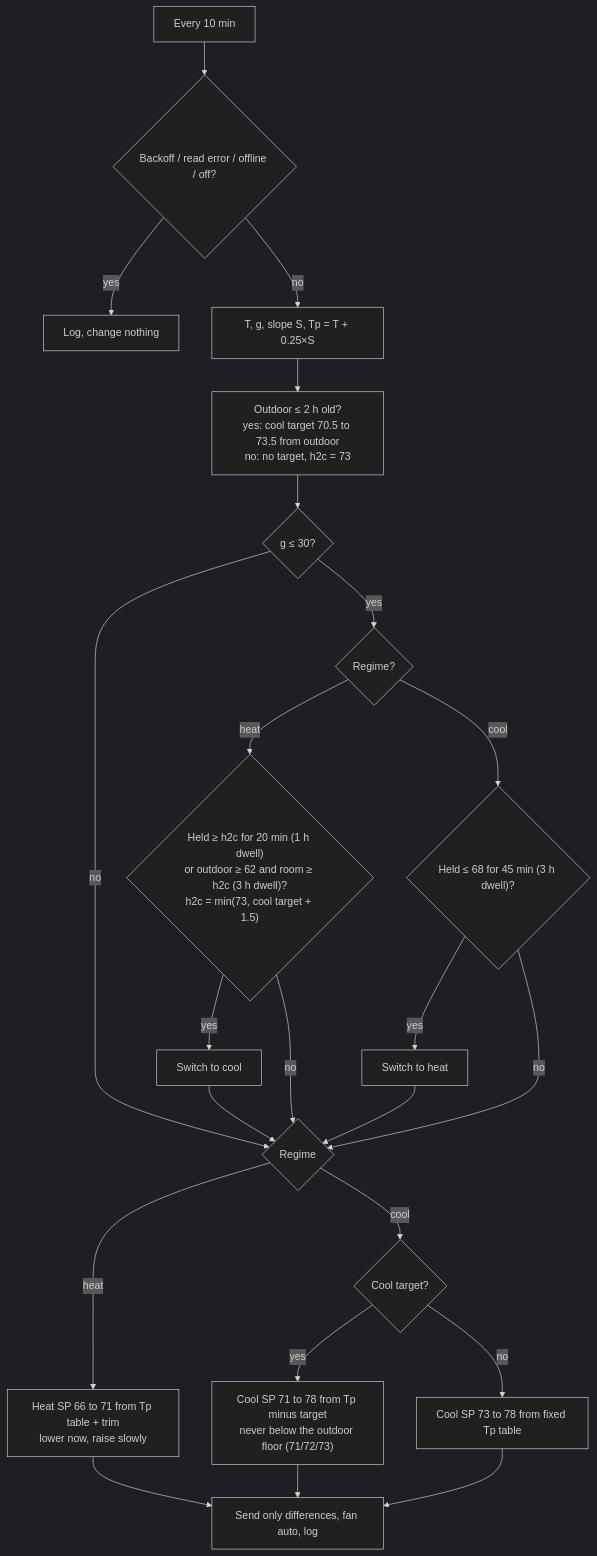
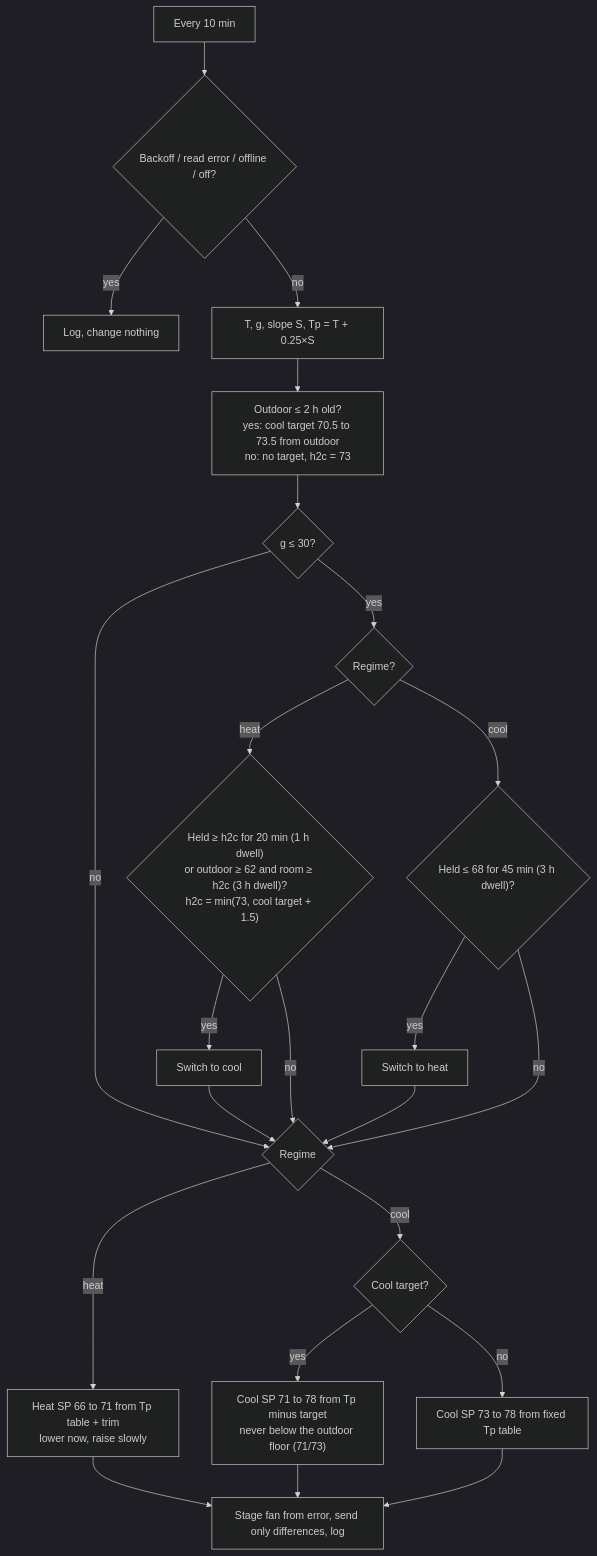
One commit to chrisperish/mitsubishi-mini-split-controller changed the diagram in README.md. Above: the diagram before and after it, drawn with Mermaid (dark theme). The commit also changed other lines of this file and 7 other files, not shown here.

First line of the commit message:
Fan staging and outdoor-based cool floor (#1)

````diff
--- a/README.md
+++ b/README.md
@@ -23,25 +23,25 @@
 ```mermaid
 flowchart TD
     A["Every 10 min"] --> B{"Backoff / read error / offline / off?"}
     B -- yes --> Z["Log, change nothing"]
     B -- no --> C["T, g, slope S, Tp = T + 0.25×S"]
     C --> O["Outdoor ≤ 2 h old?<br>yes: cool target 70.5 to 73.5 from outdoor<br>no: no target, h2c = 73"]
     O --> D{"g ≤ 30?"}
     D -- no --> H
     D -- yes --> E{"Regime?"}
     E -- heat --> F{"Held ≥ h2c for 20 min (1 h dwell)<br>or outdoor ≥ 62 and room ≥ h2c (3 h dwell)?<br>h2c = min(73, cool target + 1.5)"}
     E -- cool --> G{"Held ≤ 68 for 45 min (3 h dwell)?"}
     F -- yes --> FC["Switch to cool"]
     G -- yes --> GH["Switch to heat"]
     F -- no --> H
     G -- no --> H
     FC --> H
     GH --> H
     H{"Regime"} -- heat --> HH["Heat SP 66 to 71 from Tp table + trim<br>lower now, raise slowly"]
     H -- cool --> CC{"Cool target?"}
-    CC -- yes --> CA["Cool SP 71 to 78 from Tp minus target<br>never below the outdoor floor (71/72/73)"]
+    CC -- yes --> CA["Cool SP 71 to 78 from Tp minus target<br>never below the outdoor floor (71/73)"]
     CC -- no --> CF["Cool SP 73 to 78 from fixed Tp table"]
-    HH --> S["Send only differences, fan auto, log"]
+    HH --> S["Stage fan from error, send only differences, log"]
     CA --> S
     CF --> S
 ```
````
